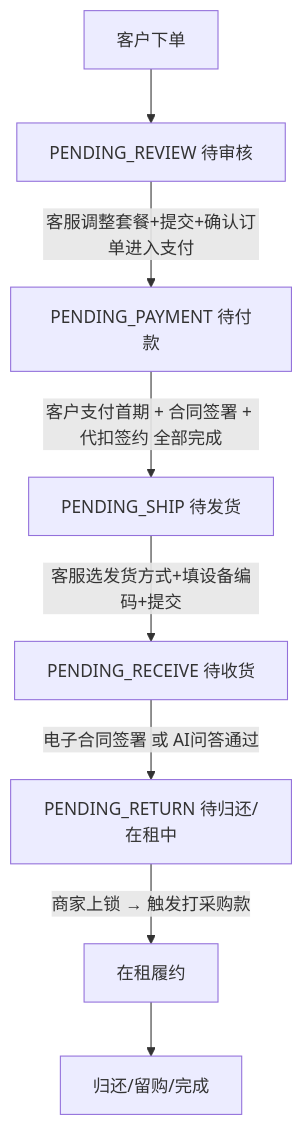
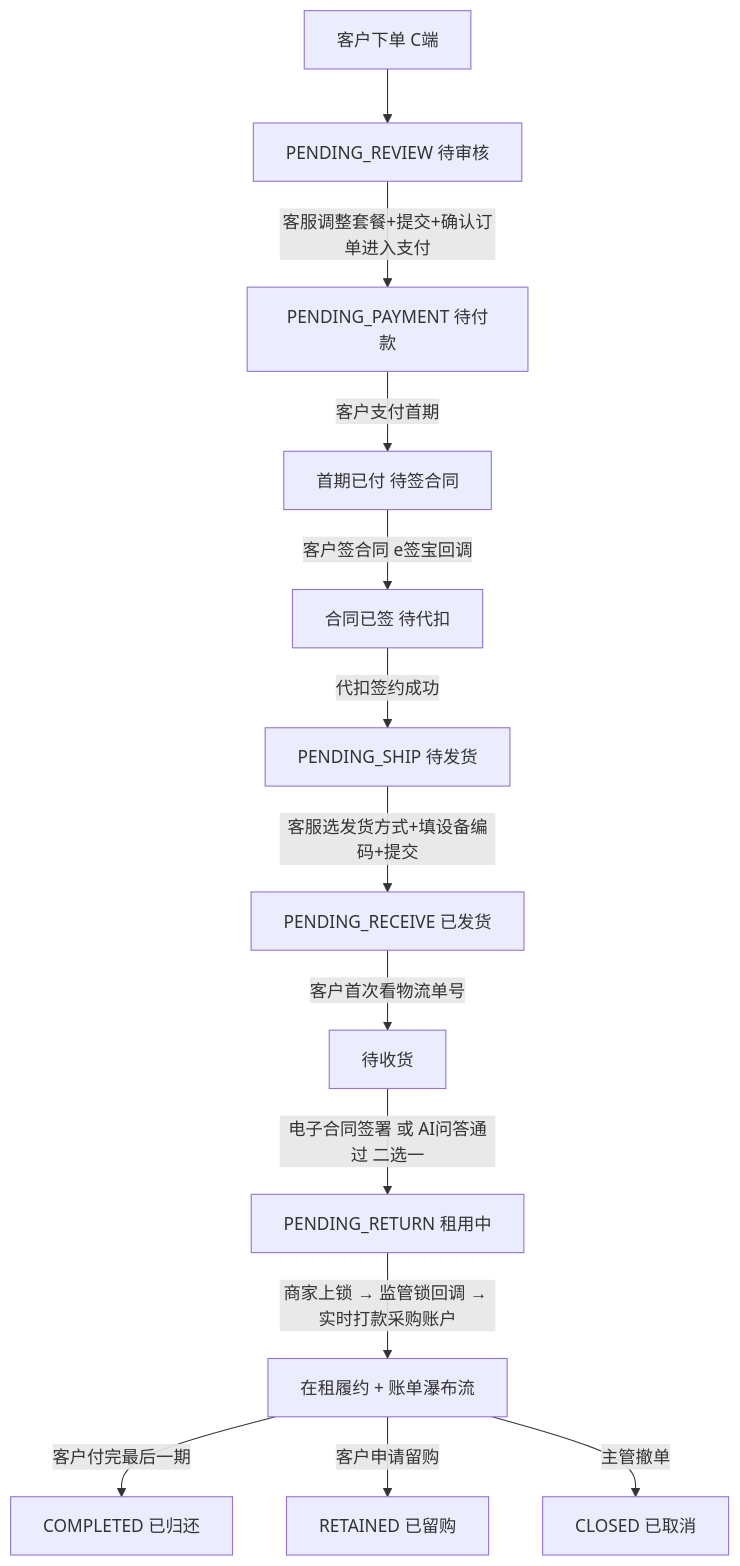
Before and after one commit to joezjyan-bot/mandian-prd: the diagram in PRD/V0.2/modules/运营端/订单管理/08_长租订单全生命周期与客服操作.md, drawn with Mermaid. The commit also changed other lines of this file, not shown here.

````diff
--- a/PRD/V0.2/modules/运营端/订单管理/08_长租订单全生命周期与客服操作.md
+++ b/PRD/V0.2/modules/运营端/订单管理/08_长租订单全生命周期与客服操作.md
@@ -425,10 +536,15 @@
 ```mermaid
 flowchart TD
-    A[客户下单] --> B[PENDING_REVIEW 待审核]
+    A[客户下单 C端] --> B[PENDING_REVIEW 待审核]
     B -->|客服调整套餐+提交+确认订单进入支付| C[PENDING_PAYMENT 待付款]
-    C -->|客户支付首期 + 合同签署 + 代扣签约 全部完成| D[PENDING_SHIP 待发货]
-    D -->|客服选发货方式+填设备编码+提交| E[PENDING_RECEIVE 待收货]
-    E -->|电子合同签署 或 AI问答通过| F[PENDING_RETURN 待归还/在租中]
-    F -->|商家上锁 → 触发打采购款| G[在租履约]
-    G --> H[归还/留购/完成]
+    C -->|客户支付首期| C1[首期已付 待签合同]
+    C1 -->|客户签合同 e签宝回调| C2[合同已签 待代扣]
+    C2 -->|代扣签约成功| D[PENDING_SHIP 待发货]
+    D -->|客服选发货方式+填设备编码+提交| E[PENDING_RECEIVE 已发货]
+    E -->|客户首次看物流单号| E1[待收货]
+    E1 -->|电子合同签署 或 AI问答通过 二选一| F[PENDING_RETURN 租用中]
+    F -->|商家上锁 → 监管锁回调 → 实时打款采购账户| G[在租履约 + 账单瀑布流]
+    G -->|客户付完最后一期| H1[COMPLETED 已归还]
+    G -->|客户申请留购| H2[RETAINED 已留购]
+    G -->|主管撤单| H3[CLOSED 已取消]
 ```
````
